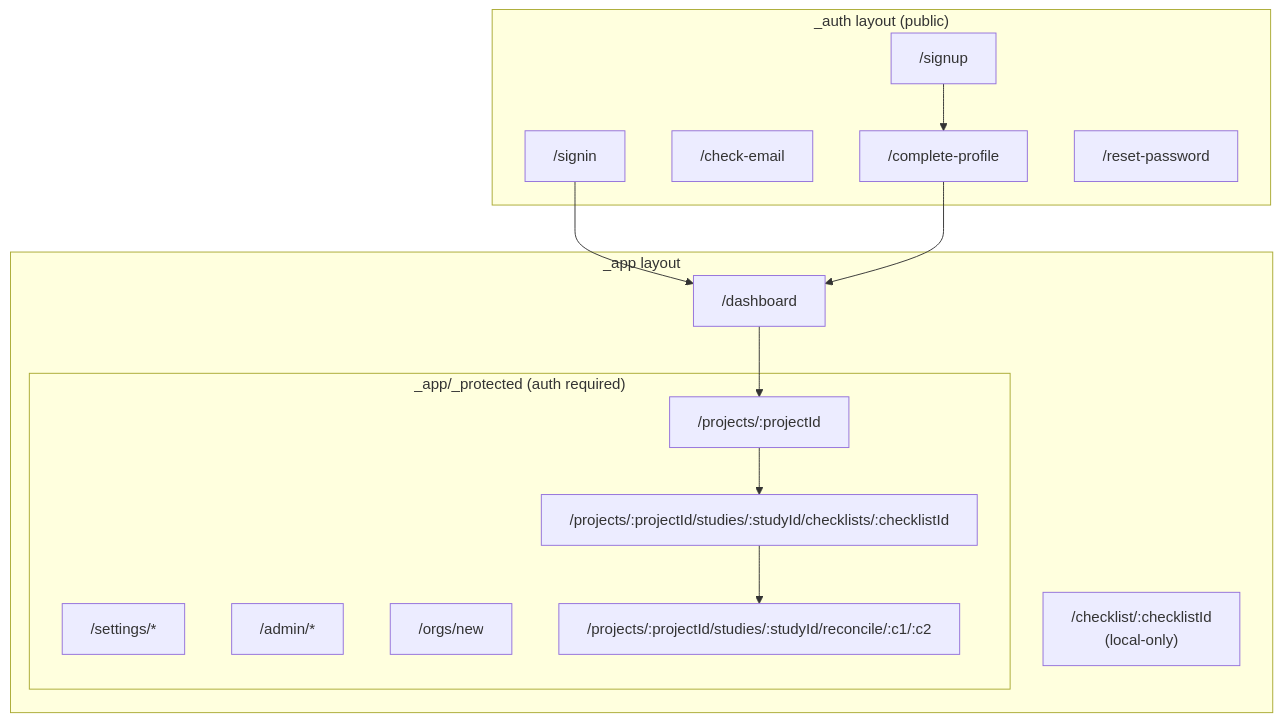
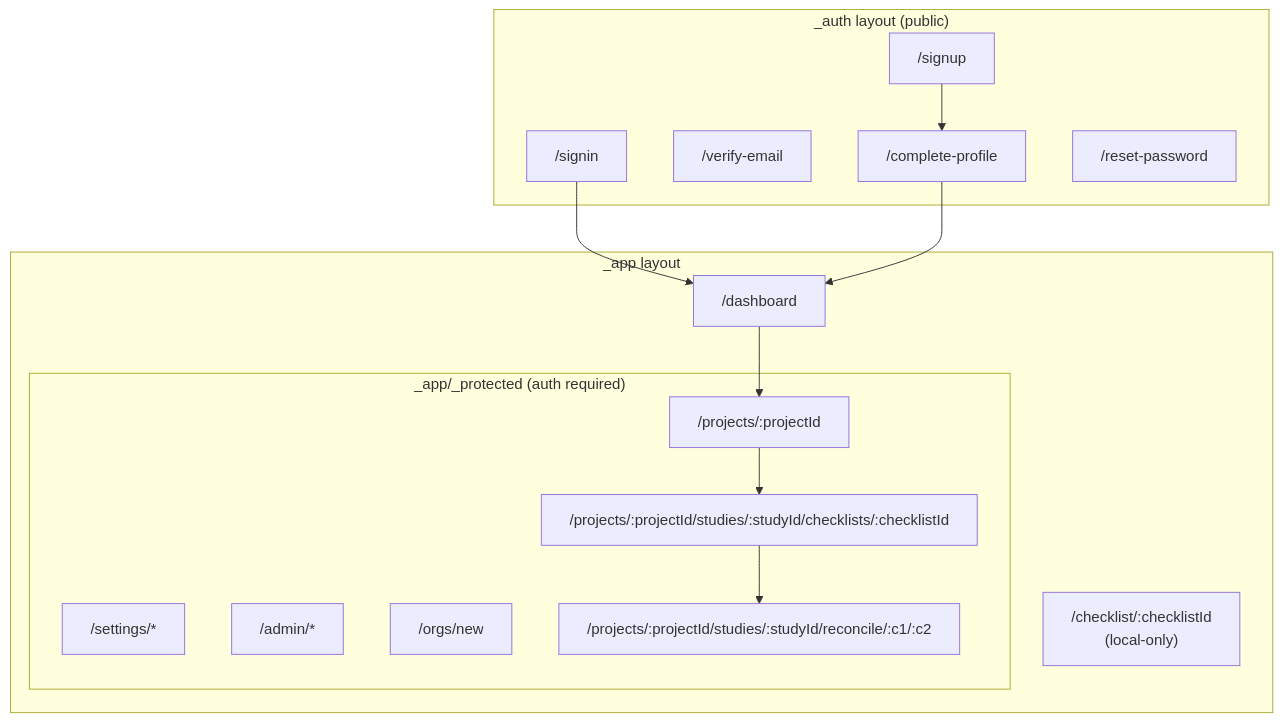
Before and after one commit to InfinityBowman/corates: the diagram in packages/docs/architecture/diagrams/05-frontend-routes.md, drawn with Mermaid. The commit also changed other lines of this file and 42 other files, not shown here.

````diff
--- a/packages/docs/architecture/diagrams/05-frontend-routes.md
+++ b/packages/docs/architecture/diagrams/05-frontend-routes.md
@@ -5,31 +5,31 @@
 ```mermaid
 flowchart TD
     subgraph Public["_auth layout (public)"]
         signin["/signin"]
         signup["/signup"]
-        checkemail["/check-email"]
+        verifyemail["/verify-email"]
         completeprofile["/complete-profile"]
         resetpw["/reset-password"]
     end
 
     subgraph App["_app layout"]
         dashboard["/dashboard"]
         localcheck["/checklist/:checklistId<br/>(local-only)"]
 
         subgraph Protected["_app/_protected (auth required)"]
             settings["/settings/*"]
             admin["/admin/*"]
             createorg["/orgs/new"]
             projectview["/projects/:projectId"]
             checklistview["/projects/:projectId/studies/:studyId/checklists/:checklistId"]
             reconcile["/projects/:projectId/studies/:studyId/reconcile/:c1/:c2"]
         end
     end
 
     signin --> dashboard
     signup --> completeprofile
     completeprofile --> dashboard
     dashboard --> projectview
     projectview --> checklistview
     checklistview --> reconcile
 ```
````
